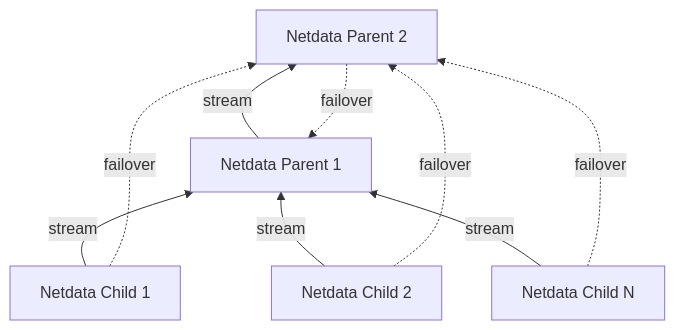
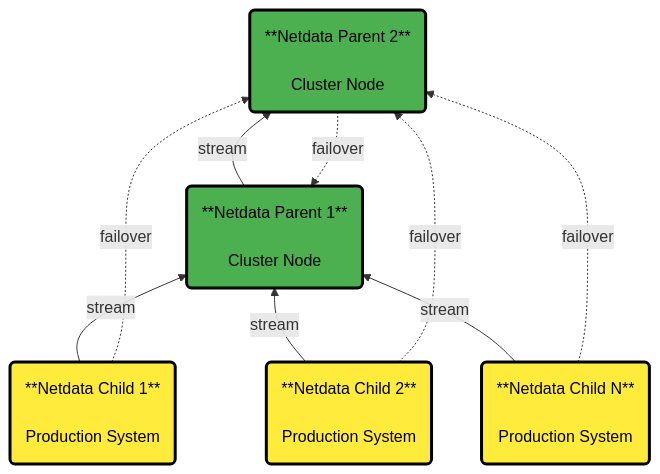
One commit to netdata/netdata changed the diagram in docs/observability-centralization-points/metrics-centralization-points/clustering-and-high-availability-of-netdata-parents.md. Above: the diagram before and after it, drawn with Mermaid. The commit also changed other lines of this file and 4 other files, not shown here.

````diff
--- a/docs/observability-centralization-points/metrics-centralization-points/clustering-and-high-availability-of-netdata-parents.md
+++ b/docs/observability-centralization-points/metrics-centralization-points/clustering-and-high-availability-of-netdata-parents.md
@@ -3,12 +13,20 @@
 ```mermaid
 flowchart BT
-    C1["Netdata Child 1"]
-    C2["Netdata Child 2"]
-    C3["Netdata Child N"]
-    P1["Netdata Parent 1"]
-    P2["Netdata Parent 2"]
+    C1("**Netdata Child 1**<br/><br/>Production System")
+    C2("**Netdata Child 2**<br/><br/>Production System")
+    C3("**Netdata Child N**<br/><br/>Production System")
+    P1("**Netdata Parent 1**<br/><br/>Cluster Node")
+    P2("**Netdata Parent 2**<br/><br/>Cluster Node")
     C1 & C2 & C3 -->|stream| P1
     P1 -->|stream| P2
-    C1 & C2 & C3 .->|failover| P2
-    P2 .->|failover| P1
+    C1 & C2 & C3 -.->|failover| P2
+    P2 -.->|failover| P1
+    
+    %% Style definitions
+    classDef child fill:#ffeb3b,stroke:#000000,stroke-width:3px,color:#000000,font-size:16px
+    classDef parent fill:#4caf50,stroke:#000000,stroke-width:3px,color:#000000,font-size:16px
+    
+    %% Apply styles
+    class C1,C2,C3 child
+    class P1,P2 parent
 ```
````
